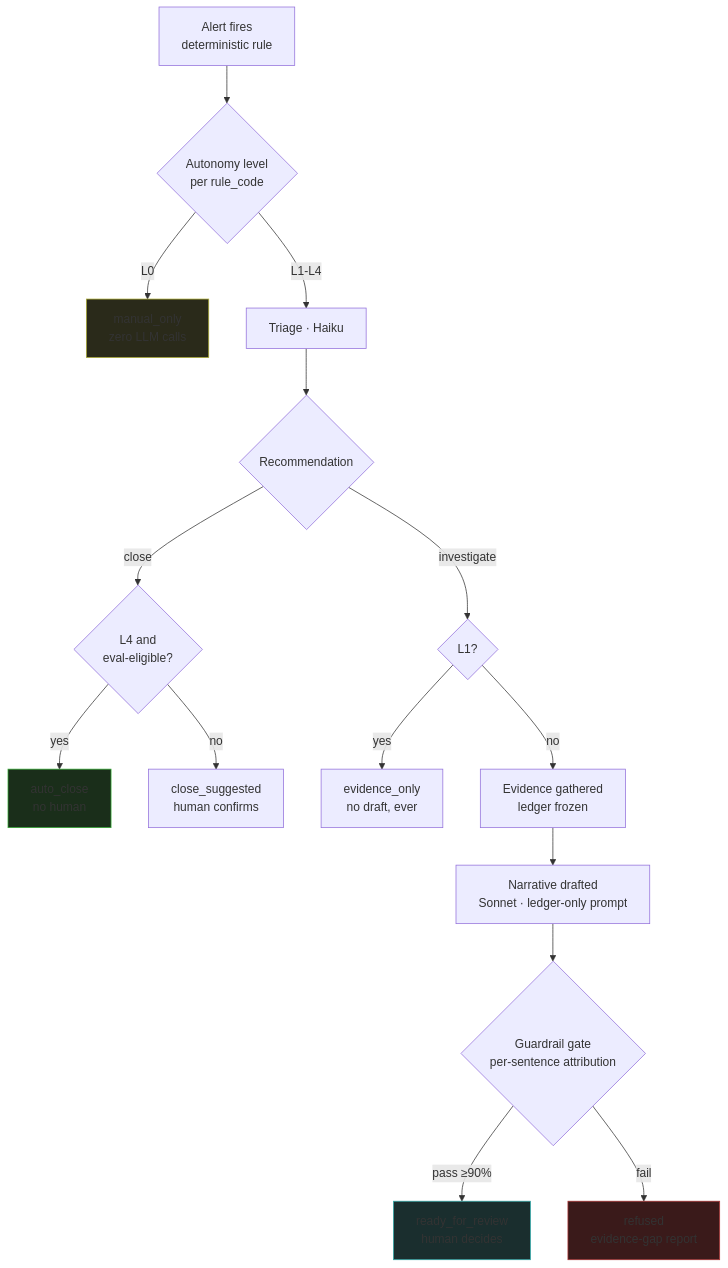
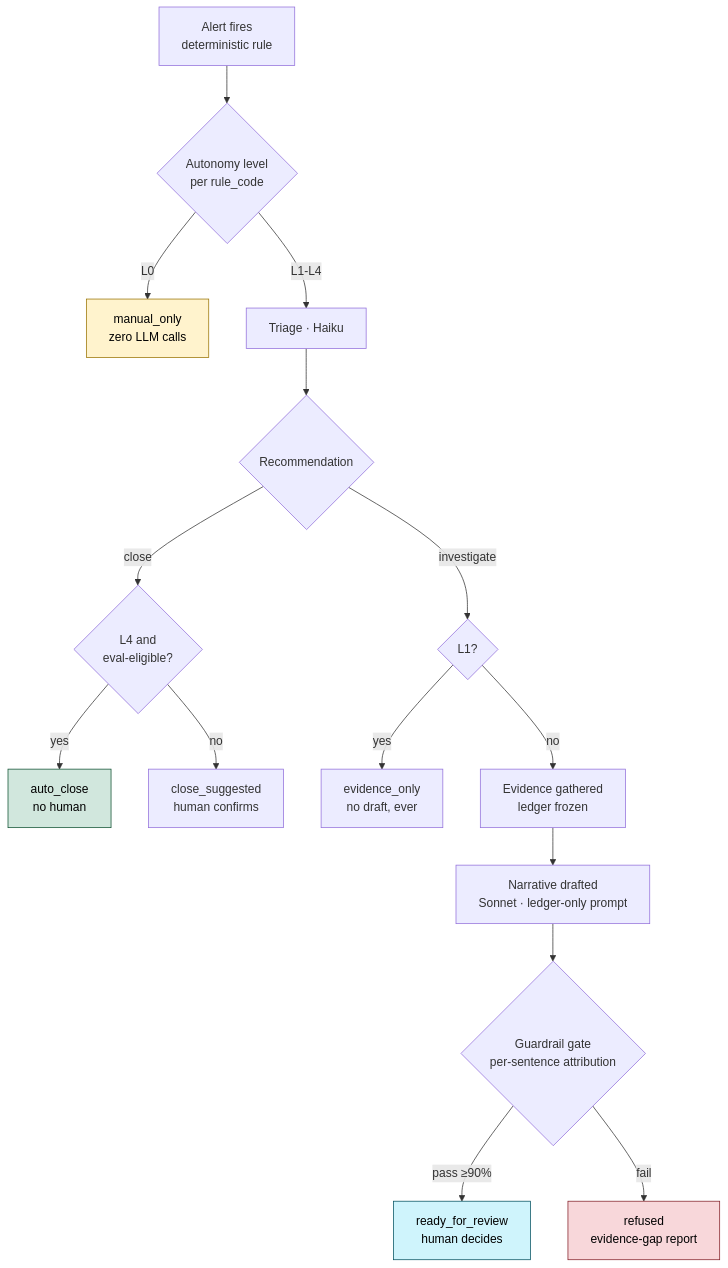
One commit to AaronFChristian/caseweave changed the second of 2 diagrams in README.md. Above: the diagram before and after it, drawn with Mermaid. The commit also changed other lines of this file, not shown here.

Commit message:
Refactor styles in README for better visibility
Updated styles for various elements in the README to improve visual clarity.

````diff
--- a/README.md
+++ b/README.md
@@ -171,27 +171,27 @@
 ```mermaid
 flowchart TD
     A[Alert fires<br/>deterministic rule] --> B{Autonomy level<br/>per rule_code}
     B -->|L0| Z1[manual_only<br/>zero LLM calls]
     B -->|L1-L4| C[Triage · Haiku]
 
     C --> D{Recommendation}
     D -->|close| E{L4 and<br/>eval-eligible?}
     D -->|investigate| F{L1?}
 
     E -->|yes| G[auto_close<br/>no human]
     E -->|no| H[close_suggested<br/>human confirms]
 
     F -->|yes| I[evidence_only<br/>no draft, ever]
     F -->|no| J[Evidence gathered<br/>ledger frozen]
 
     J --> K[Narrative drafted<br/>Sonnet · ledger-only prompt]
     K --> L{Guardrail gate<br/>per-sentence attribution}
 
     L -->|pass ≥90%| M[ready_for_review<br/>human decides]
     L -->|fail| N[refused<br/>evidence-gap report]
 
-    style Z1 fill:#2a2a1a,stroke:#aa3
-    style G fill:#1a2e1a,stroke:#3a3
-    style N fill:#3a1a1a,stroke:#a33
-    style M fill:#1a2e2e,stroke:#3aa
+    style Z1 fill:#fff3cd,stroke:#997404,color:#000
+    style G fill:#d1e7dd,stroke:#0f5132,color:#000
+    style N fill:#f8d7da,stroke:#842029,color:#000
+    style M fill:#cff4fc,stroke:#055160,color:#000
 ```
````
